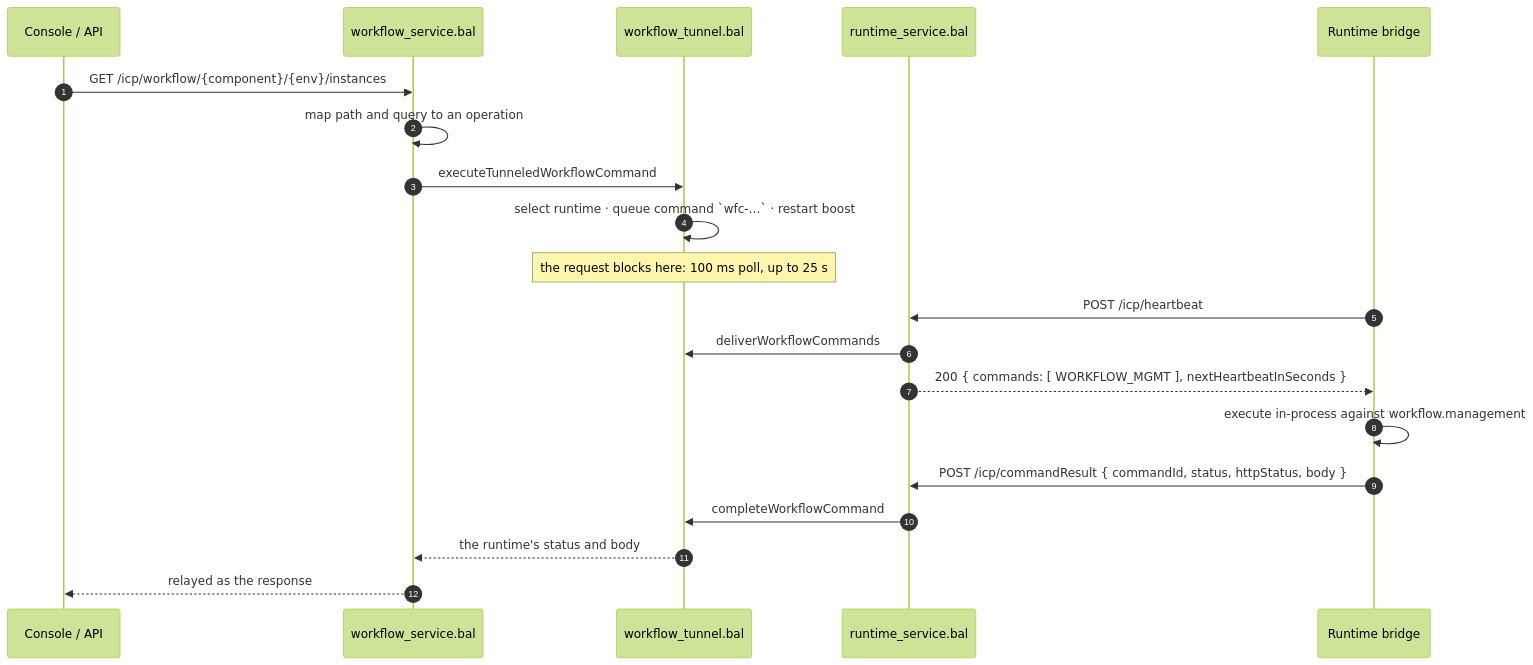
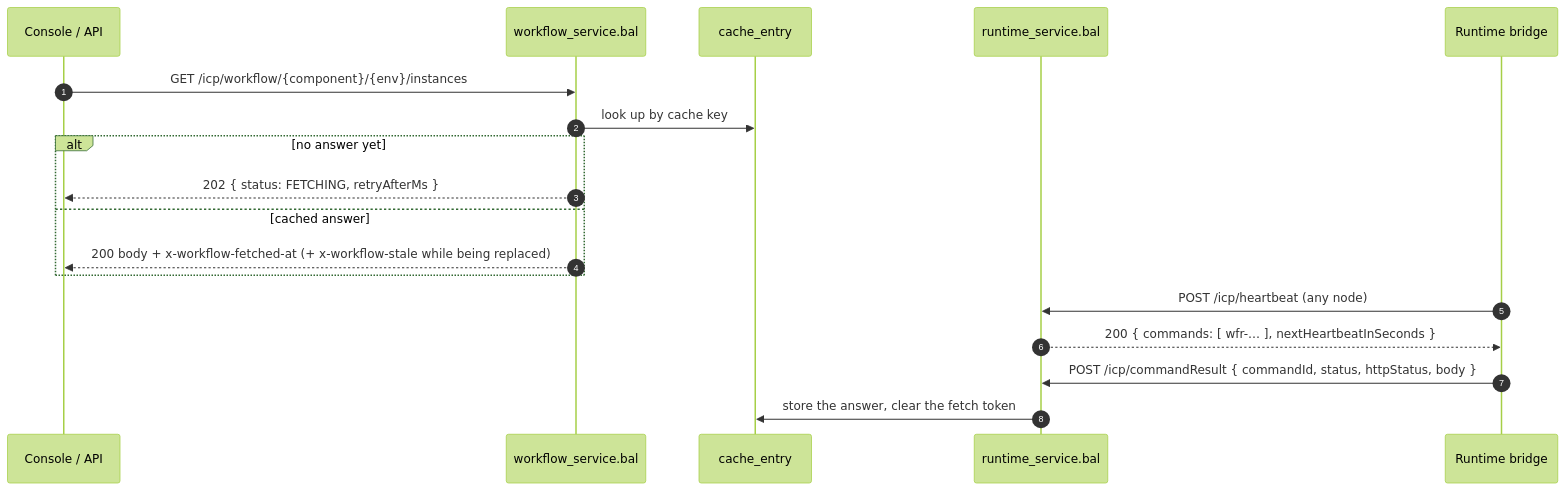
One commit to Dilhasha/integration-control-plane changed the diagram in docs/workflow-command-tunnel.md. Above: the diagram before and after it, drawn with Mermaid (forest theme). The commit also changed other lines of this file and 1 other file, not shown here.

Commit message:
The tunnel doc describes the tunnel that exists: database-backed, nothing waiting, staleness said out loud

````diff
--- a/docs/workflow-command-tunnel.md
+++ b/docs/workflow-command-tunnel.md
@@ -24,24 +30,21 @@
 ```mermaid
 sequenceDiagram
     autonumber
     participant UI as Console / API
     participant WS as workflow_service.bal
-    participant TU as workflow_tunnel.bal
+    participant DB as cache_entry
     participant RS as runtime_service.bal
     participant BR as Runtime bridge
 
     UI->>WS: GET /icp/workflow/{component}/{env}/instances
-    WS->>WS: map path and query to an operation
-    WS->>TU: executeTunneledWorkflowCommand
-    TU->>TU: select runtime · queue command `wfc-…` · restart boost
-    Note over TU: the request blocks here: 100 ms poll, up to 25 s
-
-    BR->>RS: POST /icp/heartbeat
-    RS->>TU: deliverWorkflowCommands
-    RS-->>BR: 200 { commands: [ WORKFLOW_MGMT ], nextHeartbeatInSeconds }
-    BR->>BR: execute in-process against workflow.management
+    WS->>DB: look up by cache key
+    alt no answer yet
+        WS-->>UI: 202 { status: FETCHING, retryAfterMs }
+    else cached answer
+        WS-->>UI: 200 body + x-workflow-fetched-at (+ x-workflow-stale while being replaced)
+    end
+    BR->>RS: POST /icp/heartbeat (any node)
+    RS-->>BR: 200 { commands: [ wfr-… ], nextHeartbeatInSeconds }
     BR->>RS: POST /icp/commandResult { commandId, status, httpStatus, body }
-    RS->>TU: completeWorkflowCommand
-    TU-->>WS: the runtime's status and body
-    WS-->>UI: relayed as the response
+    RS->>DB: store the answer, clear the fetch token
 ```
````
